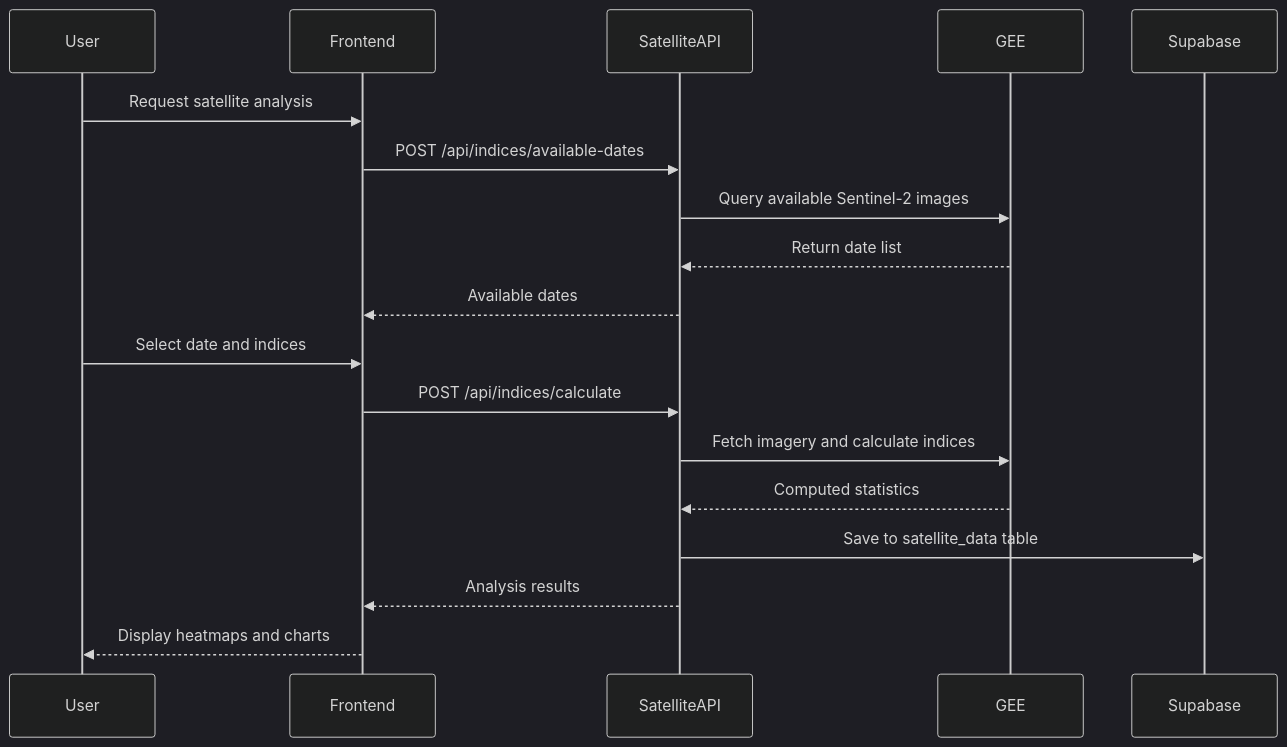
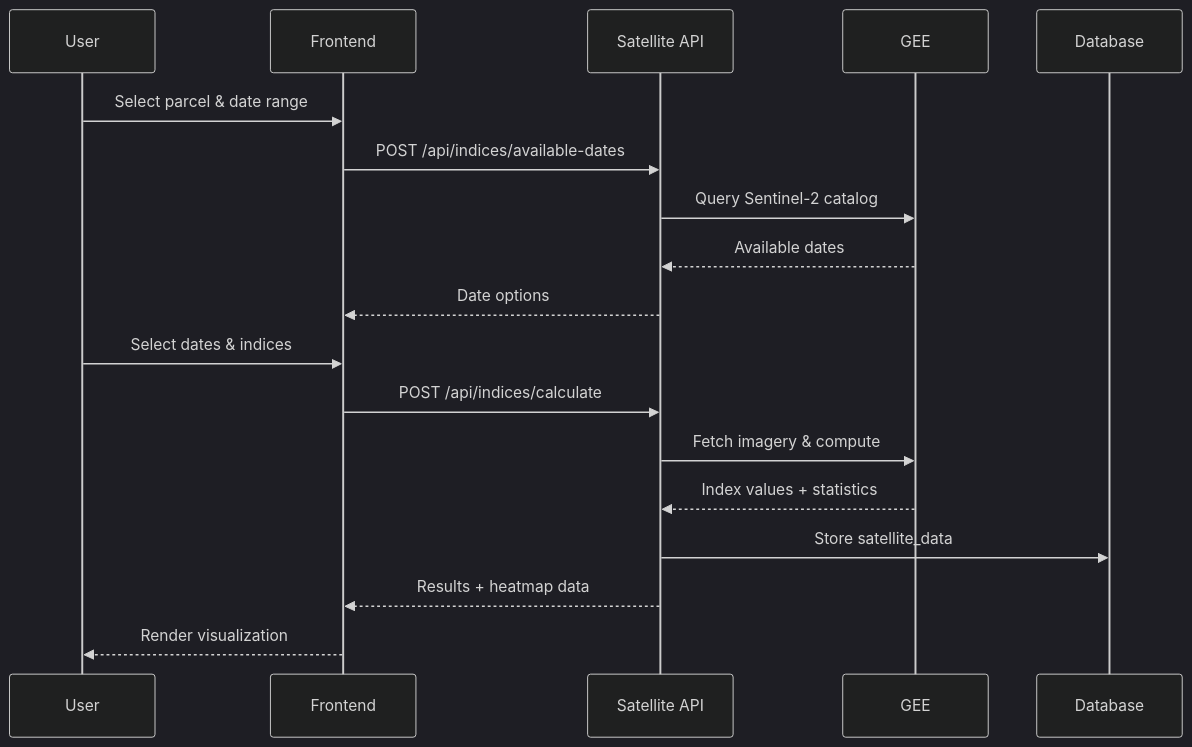
Before and after one commit to boutchaz/agritech: the third of 6 diagrams in docs/docs/architecture/overview.md, drawn with Mermaid (dark theme). The commit also changed other lines of this file and 7 other files, not shown here.

````diff
--- a/docs/docs/architecture/overview.md
+++ b/docs/docs/architecture/overview.md
@@ -240,22 +293,22 @@
 ```mermaid
 sequenceDiagram
     participant User
     participant Frontend
-    participant SatelliteAPI
+    participant Satellite API
     participant GEE
-    participant Supabase
+    participant Database
 
-    User->>Frontend: Request satellite analysis
-    Frontend->>SatelliteAPI: POST /api/indices/available-dates
-    SatelliteAPI->>GEE: Query available Sentinel-2 images
-    GEE-->>SatelliteAPI: Return date list
-    SatelliteAPI-->>Frontend: Available dates
+    User->>Frontend: Select parcel & date range
+    Frontend->>Satellite API: POST /api/indices/available-dates
+    Satellite API->>GEE: Query Sentinel-2 catalog
+    GEE-->>Satellite API: Available dates
+    Satellite API-->>Frontend: Date options
 
-    User->>Frontend: Select date and indices
-    Frontend->>SatelliteAPI: POST /api/indices/calculate
-    SatelliteAPI->>GEE: Fetch imagery and calculate indices
-    GEE-->>SatelliteAPI: Computed statistics
-    SatelliteAPI->>Supabase: Save to satellite_data table
-    SatelliteAPI-->>Frontend: Analysis results
-    Frontend-->>User: Display heatmaps and charts
+    User->>Frontend: Select dates & indices
+    Frontend->>Satellite API: POST /api/indices/calculate
+    Satellite API->>GEE: Fetch imagery & compute
+    GEE-->>Satellite API: Index values + statistics
+    Satellite API->>Database: Store satellite_data
+    Satellite API-->>Frontend: Results + heatmap data
+    Frontend-->>User: Render visualization
 ```
````
